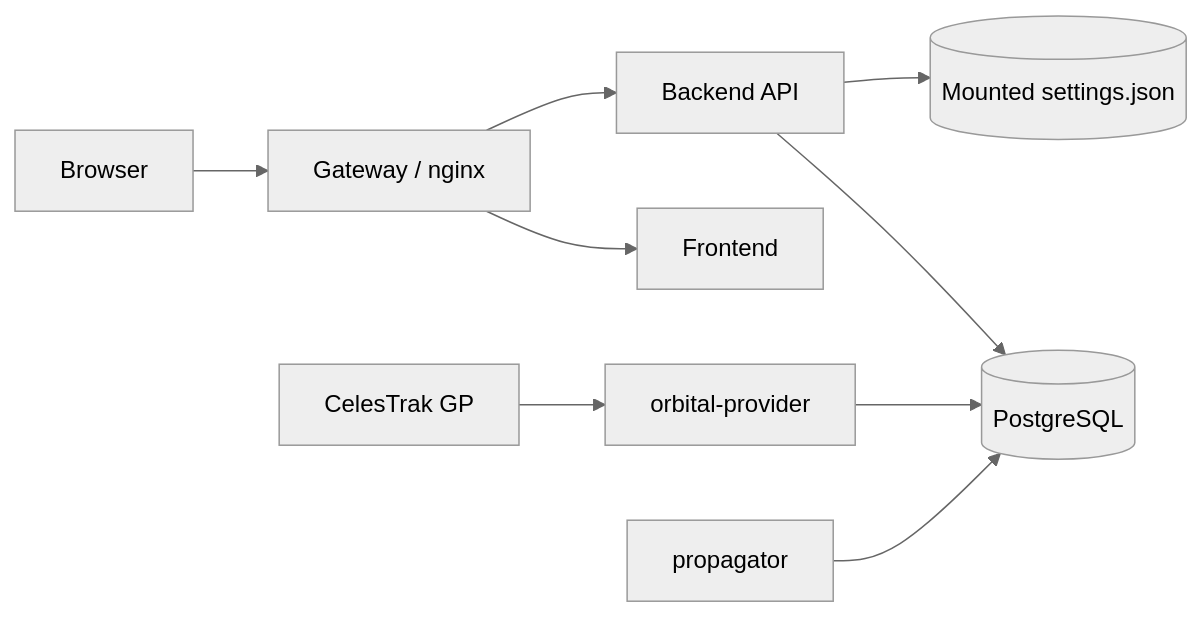
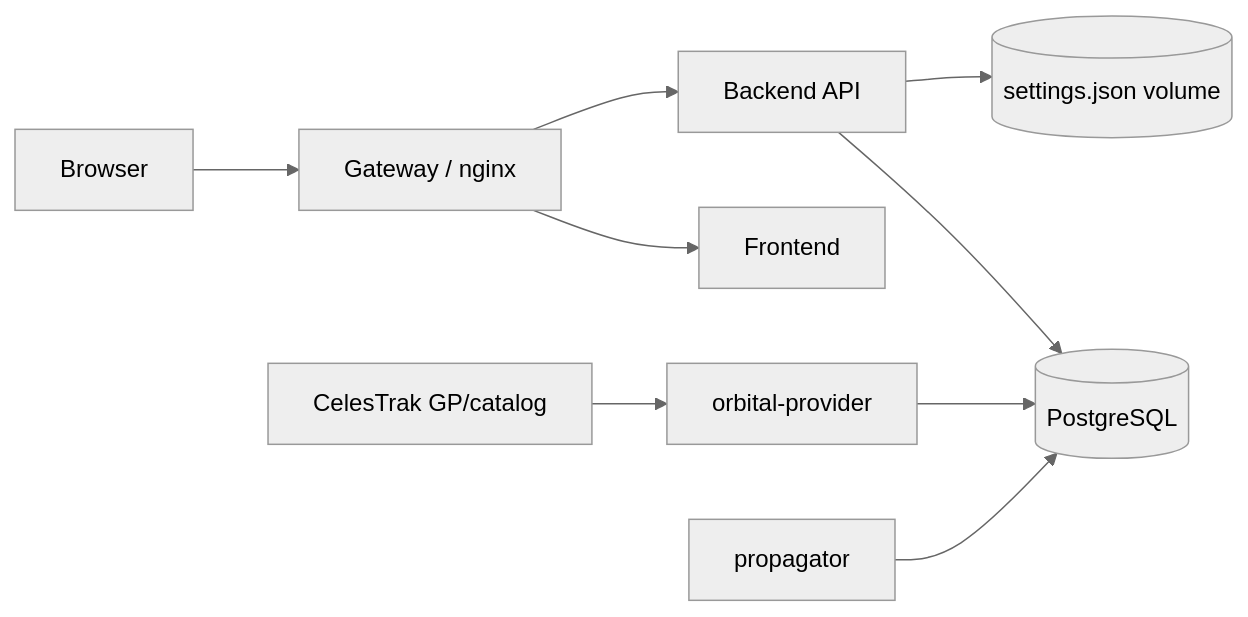
One commit to ExoSpaceLabs/world-sat-monitor changed the first of 6 diagrams in docs/architecture.md. Above: the diagram before and after it, drawn with Mermaid (neutral theme). The commit also changed other lines of this file and 11 other files, not shown here.

````diff
--- a/docs/architecture.md
+++ b/docs/architecture.md
@@ -9,11 +7,13 @@
 ```mermaid
 flowchart LR
     U[Browser] --> G[Gateway / nginx]
     G --> F[Frontend]
     G --> B[Backend API]
+
     B --> DB[(PostgreSQL)]
-    B --> CFG[(Mounted settings.json)]
-    C[CelesTrak GP] --> P[orbital-provider]
+    B --> CFG[(settings.json volume)]
+
+    C[CelesTrak GP/catalog] --> P[orbital-provider]
     P --> DB
     W[propagator] --> DB
 ```
````
